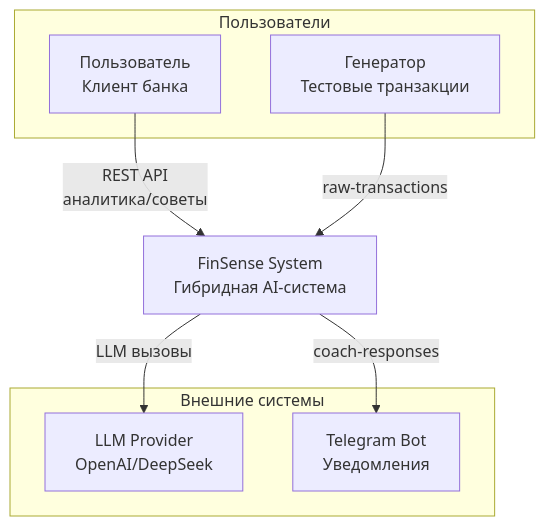
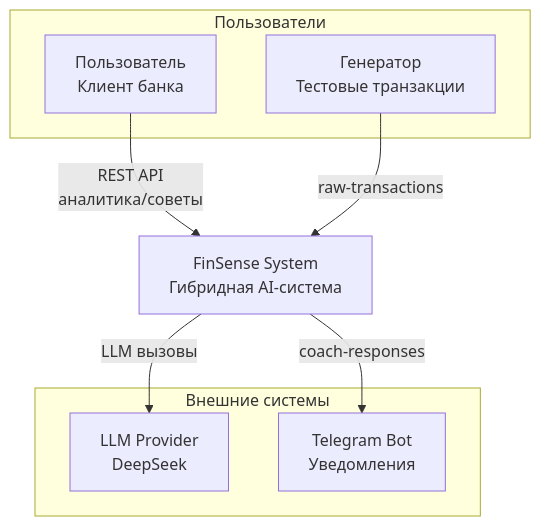
The first of 7 diagrams in docs/architecture_diagrams.md (irunazushan/finSense), drawn with Mermaid before and after one commit. The commit also changed other lines of this file and 8 other files, not shown here.

````diff
--- a/docs/architecture_diagrams.md
+++ b/docs/architecture_diagrams.md
@@ -4,20 +4,20 @@
 ```mermaid
 graph TB
     subgraph "Внешние системы"
-        LLM[LLM Provider<br>OpenAI/DeepSeek]
+        LLM[LLM Provider<br>DeepSeek]
         TG[Telegram Bot<br>Уведомления]
     end
 
     subgraph "Пользователи"
         User[ Пользователь<br>Клиент банка]
         Gen[ Генератор<br>Тестовые транзакции]
     end
 
     System[ FinSense System<br>Гибридная AI-система]
 
     User -->|REST API<br>аналитика/советы| System
     Gen -->|raw-transactions| System
     System -->|LLM вызовы| LLM
     System -->|coach-responses| TG
 
 ```
````
